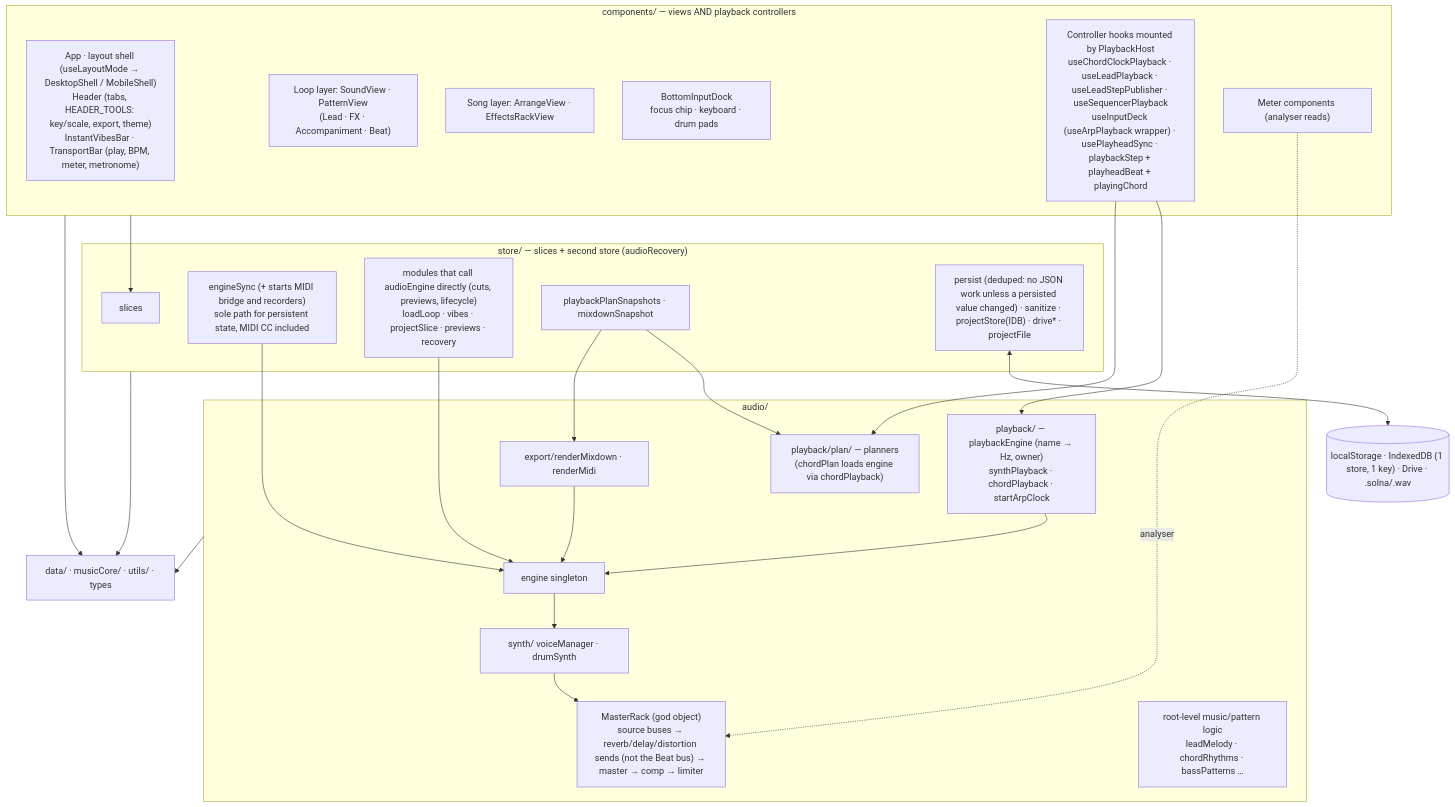
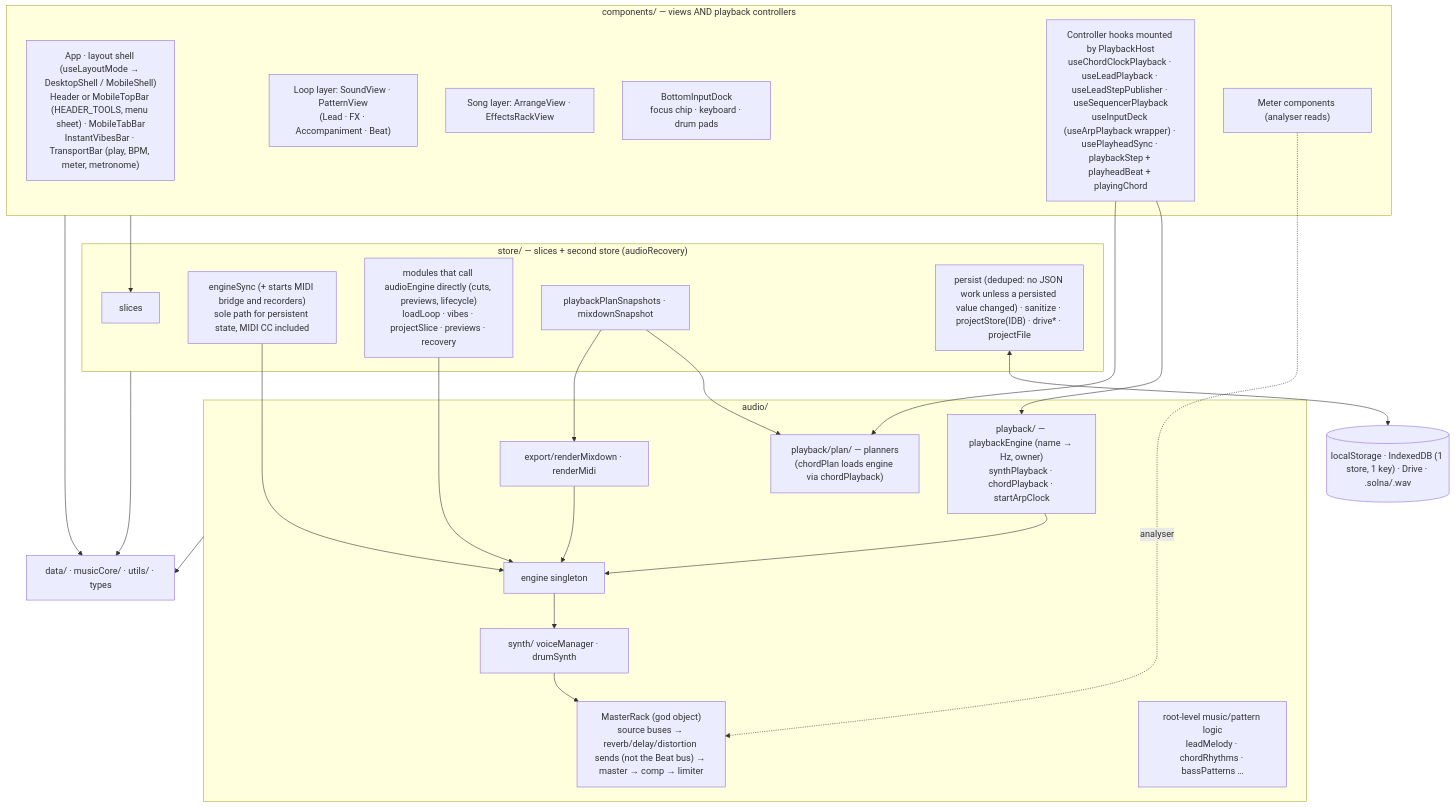
The diagram in docs/architecture/structure/README.md (themiddnight/solna), drawn with Mermaid before and after one commit. The commit also changed 9 other files, not shown here.

````diff
--- a/docs/architecture/structure/README.md
+++ b/docs/architecture/structure/README.md
@@ -30,46 +30,46 @@
 ```mermaid
 flowchart TB
   subgraph Views["components/ — views AND playback controllers"]
-    Shell["App · layout shell (useLayoutMode → DesktopShell / MobileShell)<br/>Header (tabs, HEADER_TOOLS: key/scale, export, theme)<br/>InstantVibesBar · TransportBar (play, BPM, meter, metronome)"]
+    Shell["App · layout shell (useLayoutMode → DesktopShell / MobileShell)<br/>Header or MobileTopBar (HEADER_TOOLS, menu sheet) · MobileTabBar<br/>InstantVibesBar · TransportBar (play, BPM, meter, metronome)"]
     LoopViews["Loop layer: SoundView · PatternView<br/>(Lead · FX · Accompaniment · Beat)"]
     SongViews["Song layer: ArrangeView · EffectsRackView"]
     Dock["BottomInputDock<br/>focus chip · keyboard · drum pads"]
     Ctrls["Controller hooks mounted by PlaybackHost<br/>useChordClockPlayback · useLeadPlayback · useLeadStepPublisher · useSequencerPlayback<br/>useInputDeck (useArpPlayback wrapper) · usePlayheadSync · playbackStep + playheadBeat + playingChord"]
     Meters["Meter components (analyser reads)"]
   end
 
   subgraph Store["store/ — slices + second store (audioRecovery)"]
     Slices["slices"]
     EngineSync["engineSync (+ starts MIDI bridge and recorders)<br/>sole path for persistent state, MIDI CC included"]
     Direct["modules that call audioEngine directly (cuts, previews, lifecycle)<br/>loadLoop · vibes · projectSlice · previews · recovery"]
     Snap["playbackPlanSnapshots · mixdownSnapshot"]
     PersistIO["persist (deduped: no JSON work unless a persisted value changed) · sanitize · projectStore(IDB) · drive* · projectFile"]
   end
 
   subgraph Audio["audio/"]
     PB["playback/ — playbackEngine (name → Hz, owner)<br/>synthPlayback · chordPlayback · startArpClock"]
     Plan["playback/plan/ — planners<br/>(chordPlan loads engine via chordPlayback)"]
     Eng["engine singleton"]
     Rack["MasterRack (god object)<br/>source buses → reverb/delay/distortion sends (not the Beat bus) → master → comp → limiter"]
     Voices["synth/ voiceManager · drumSynth"]
     Logic["root-level music/pattern logic<br/>leadMelody · chordRhythms · bassPatterns …"]
     Exp["export/renderMixdown · renderMidi"]
   end
 
   Domain["data/ · musicCore/ · utils/ · types"]
   Storage[("localStorage · IndexedDB (1 store, 1 key) · Drive · .solna/.wav")]
 
   Views --> Slices
   Ctrls --> PB --> Eng
   Ctrls --> Plan
   Snap --> Plan
   Meters -. analyser .-> Rack
   EngineSync --> Eng
   Direct --> Eng
   Eng --> Voices --> Rack
   Snap --> Exp --> Eng
   PersistIO <--> Storage
   Store --> Domain
   Audio --> Domain
   Views --> Domain
 ```
````
